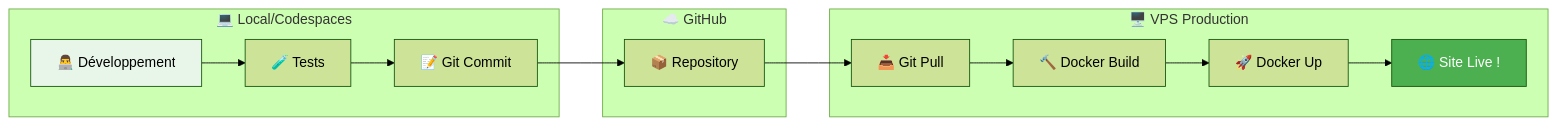
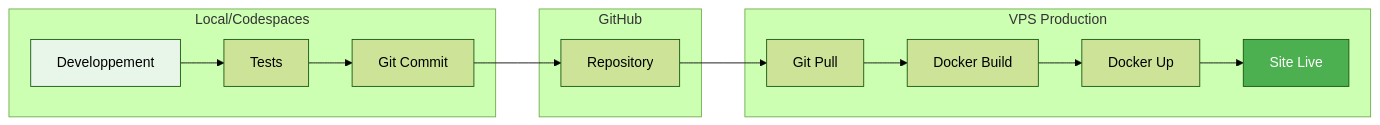
The eighth of 9 diagrams in troubleshooting/20-deploiement-final-et-architecture-mermaid.md (hrhouma1/inskillflow-docs-formation-spring-boot-projet-e-contact-backend), drawn with Mermaid (forest theme) before and after one commit. The commit also changed other lines of this file, not shown here.

````diff
--- a/troubleshooting/20-deploiement-final-et-architecture-mermaid.md
+++ b/troubleshooting/20-deploiement-final-et-architecture-mermaid.md
@@ -255,30 +255,30 @@
 ```mermaid
 graph LR
-    subgraph "💻 Local/Codespaces"
-        DEV[👨‍💻 Développement]
-        TEST[🧪 Tests]
-        COMMIT[📝 Git Commit]
+    subgraph "Local/Codespaces"
+        DEV[Developpement]
+        TEST[Tests]
+        COMMIT[Git Commit]
     end
 
-    subgraph "☁️ GitHub"
-        REPO[📦 Repository]
+    subgraph "GitHub"
+        REPO[Repository]
     end
 
-    subgraph "🖥️ VPS Production"
-        PULL[📥 Git Pull]
-        BUILD[🔨 Docker Build]
-        DEPLOY[🚀 Docker Up]
-        LIVE[🌐 Site Live !]
+    subgraph "VPS Production"
+        PULL[Git Pull]
+        BUILD[Docker Build]
+        DEPLOY[Docker Up]
+        LIVE[Site Live]
     end
 
     DEV --> TEST
     TEST --> COMMIT
     COMMIT --> REPO
     REPO --> PULL
     PULL --> BUILD
     BUILD --> DEPLOY
     DEPLOY --> LIVE
 
     style DEV fill:#E8F5E9
     style LIVE fill:#4CAF50,color:#fff
 ```
````
